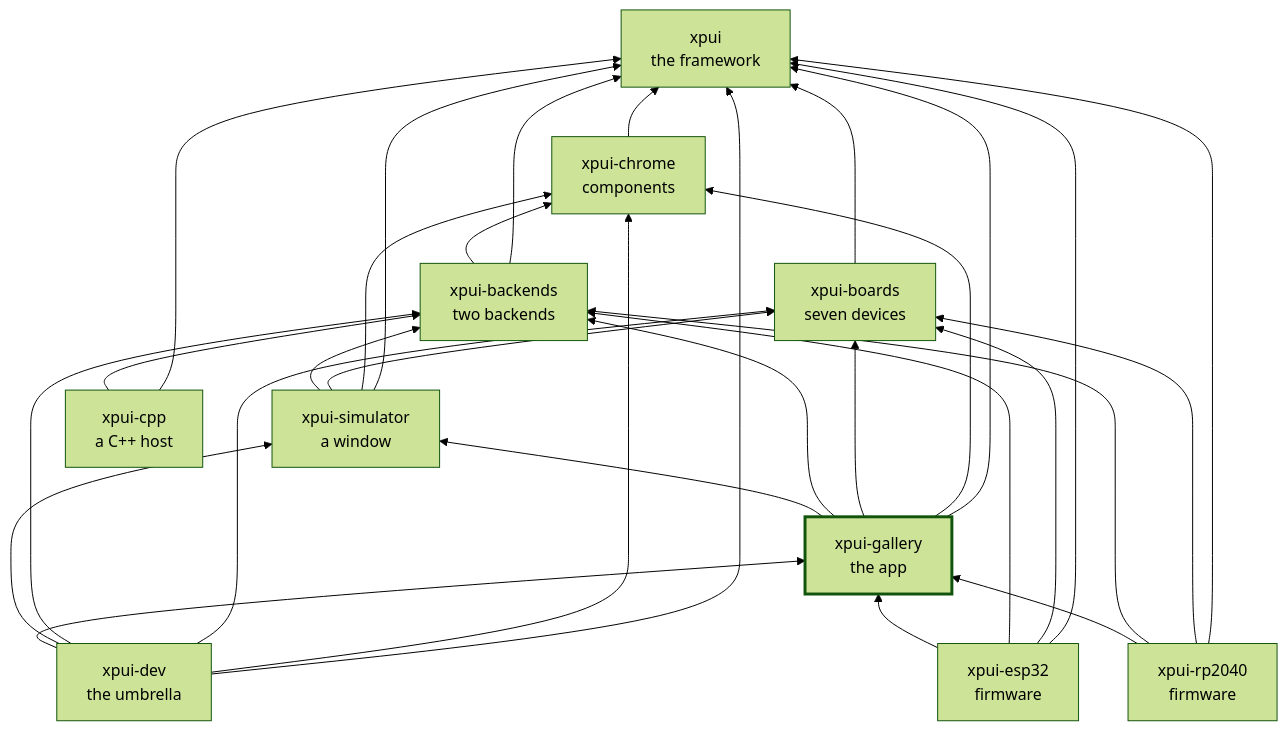
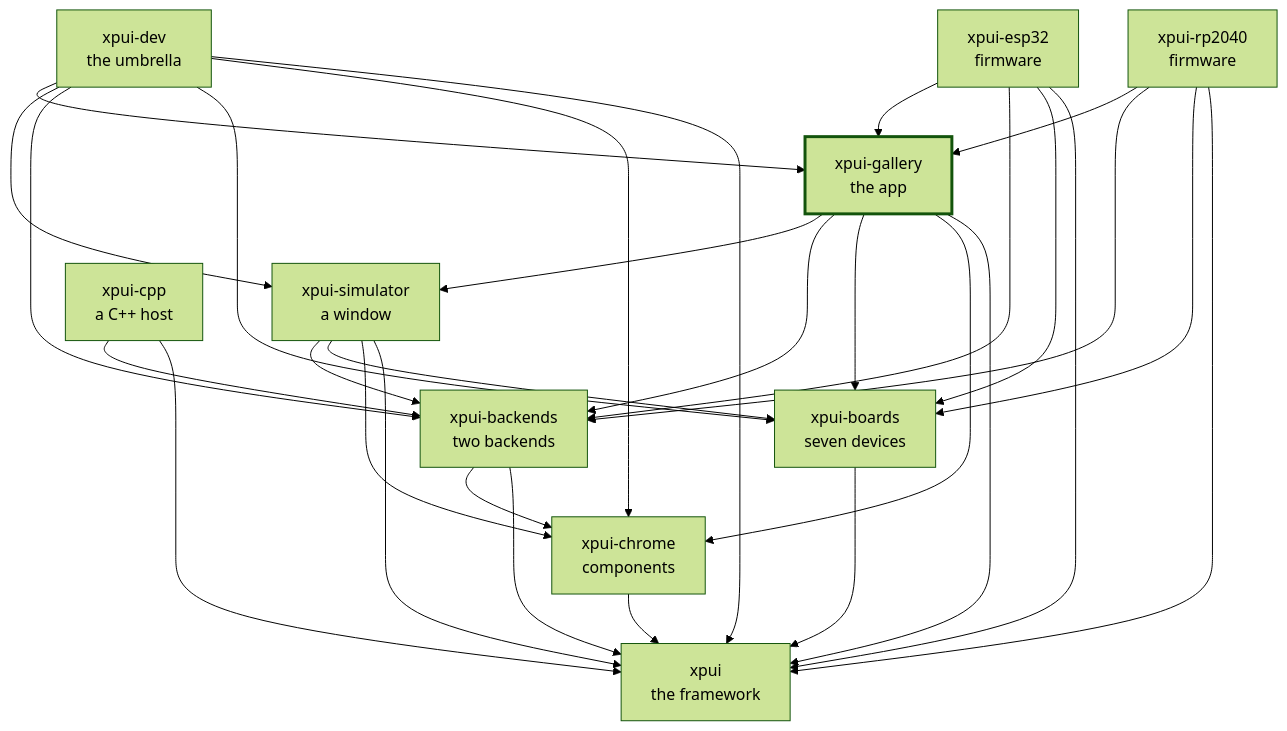
Before and after one commit to XPUI-Framework/xpui-gallery: the diagram in README.md, drawn with Mermaid (forest theme). The commit also changed other lines of this file and 23 other files, not shown here.

````diff
--- a/README.md
+++ b/README.md
@@ -87,43 +97,43 @@
 ```mermaid
-flowchart BT
+flowchart TD
   xpui["xpui<br/>the framework"]
   chrome["xpui-chrome<br/>components"]
   boards["xpui-boards<br/>seven devices"]
   backends["xpui-backends<br/>two backends"]
   simulator["xpui-simulator<br/>a window"]
   gallery["xpui-gallery<br/>the app"]
   rp2040["xpui-rp2040<br/>firmware"]
   esp32["xpui-esp32<br/>firmware"]
   cpp["xpui-cpp<br/>a C++ host"]
   dev["xpui-dev<br/>the umbrella"]
   chrome --> xpui
   boards --> xpui
   backends --> xpui
   backends --> chrome
   simulator --> xpui
   simulator --> chrome
   simulator --> boards
   simulator --> backends
   gallery --> xpui
   gallery --> chrome
   gallery --> boards
   gallery --> backends
   gallery --> simulator
   rp2040 --> xpui
   rp2040 --> boards
   rp2040 --> backends
   rp2040 --> gallery
   esp32 --> xpui
   esp32 --> boards
   esp32 --> backends
   esp32 --> gallery
   cpp --> xpui
   cpp --> backends
   dev --> xpui
   dev --> chrome
   dev --> boards
   dev --> backends
   dev --> simulator
   dev --> gallery
   style gallery stroke-width:3px
 ```
````
